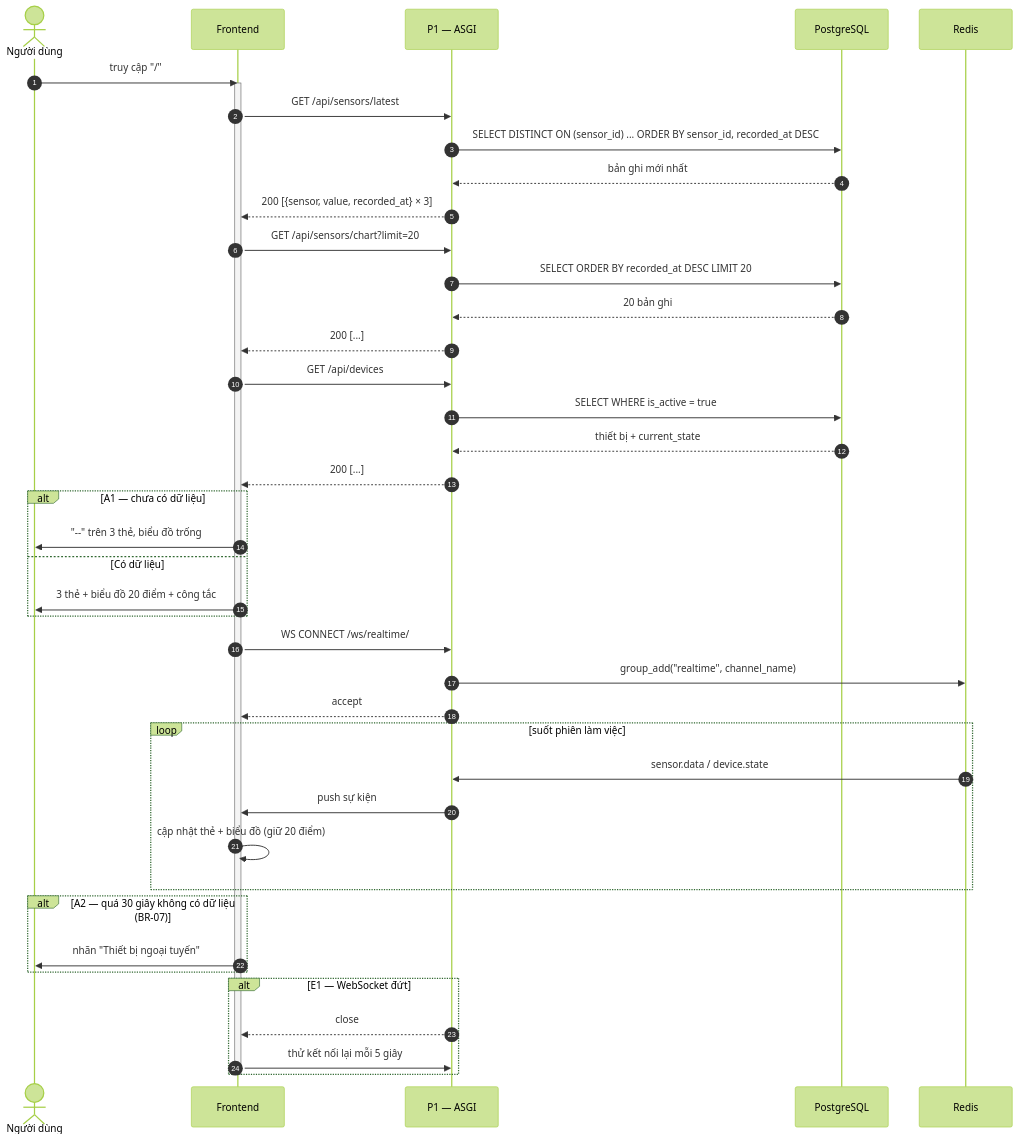
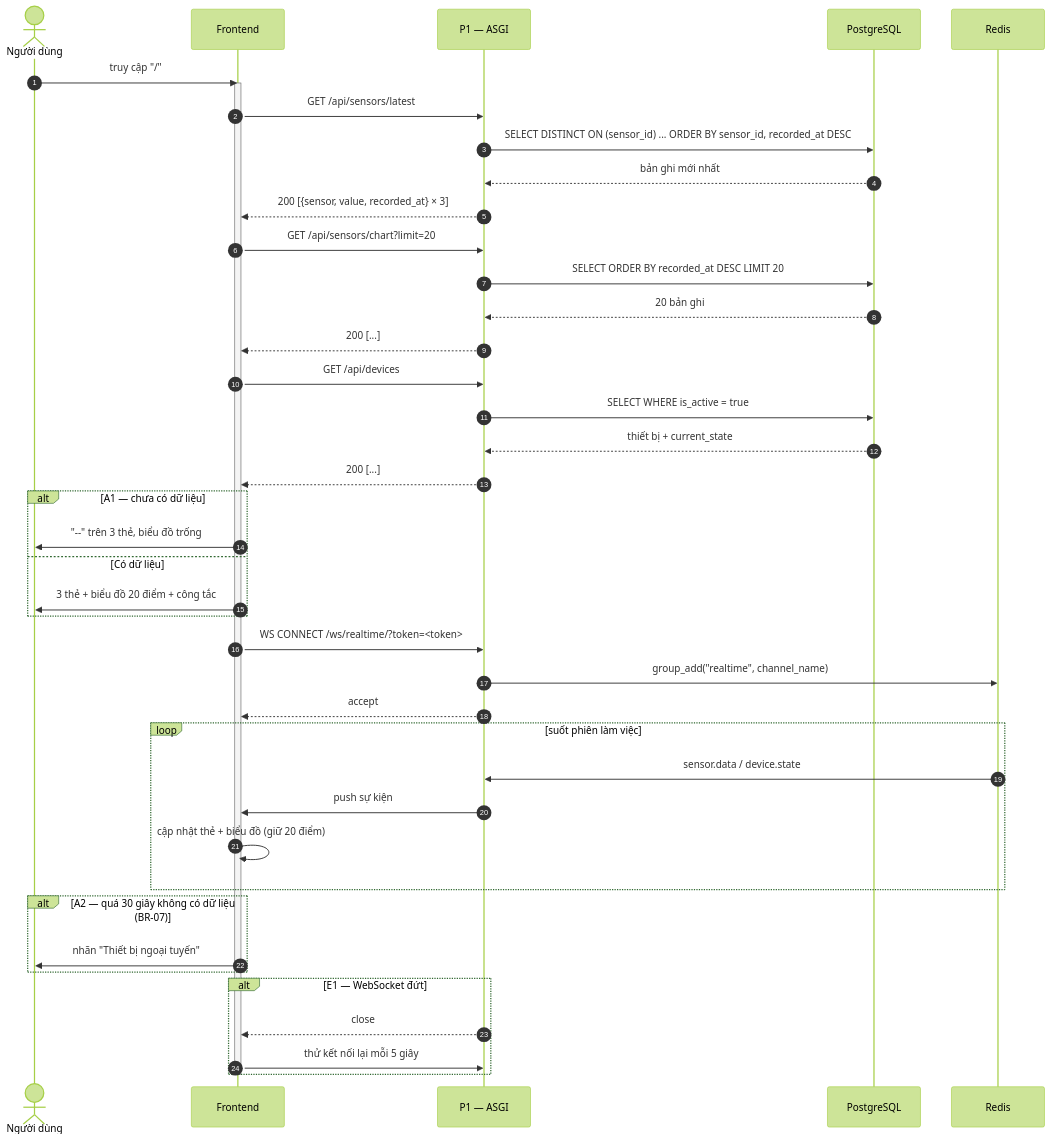
One commit to B23DCAT011/IOT changed the ninth of 13 diagrams in docs/03-Sequence.md. Above: the diagram before and after it, drawn with Mermaid (forest theme). The commit also changed other lines of this file and 13 other files, not shown here.

````diff
--- a/docs/03-Sequence.md
+++ b/docs/03-Sequence.md
@@ -606,45 +605,45 @@
 ```mermaid
 sequenceDiagram
     autonumber
     actor User as Người dùng
     participant FE as Frontend
     participant P1 as P1 — ASGI
     participant DB as PostgreSQL
     participant RD as Redis
 
     User->>FE: truy cập "/"
     activate FE
     FE->>P1: GET /api/sensors/latest
     P1->>DB: SELECT DISTINCT ON (sensor_id) ... ORDER BY sensor_id, recorded_at DESC
     DB-->>P1: bản ghi mới nhất
     P1-->>FE: 200 [{sensor, value, recorded_at} × 3]
     FE->>P1: GET /api/sensors/chart?limit=20
     P1->>DB: SELECT ORDER BY recorded_at DESC LIMIT 20
     DB-->>P1: 20 bản ghi
     P1-->>FE: 200 [...]
     FE->>P1: GET /api/devices
     P1->>DB: SELECT WHERE is_active = true
     DB-->>P1: thiết bị + current_state
     P1-->>FE: 200 [...]
     alt A1 — chưa có dữ liệu
         FE->>User: "--" trên 3 thẻ, biểu đồ trống
     else Có dữ liệu
         FE->>User: 3 thẻ + biểu đồ 20 điểm + công tắc
     end
-    FE->>P1: WS CONNECT /ws/realtime/
+    FE->>P1: WS CONNECT /ws/realtime/?token=<token>
     P1->>RD: group_add("realtime", channel_name)
     P1-->>FE: accept
     loop suốt phiên làm việc
         RD->>P1: sensor.data / device.state
         P1->>FE: push sự kiện
         FE->>FE: cập nhật thẻ + biểu đồ (giữ 20 điểm)
     end
     alt A2 — quá 30 giây không có dữ liệu (BR-07)
         FE->>User: nhãn "Thiết bị ngoại tuyến"
     end
     alt E1 — WebSocket đứt
         P1-->>FE: close
         FE->>P1: thử kết nối lại mỗi 5 giây
     end
     deactivate FE
 ```
````
